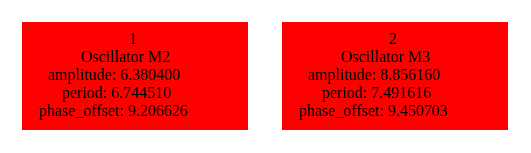
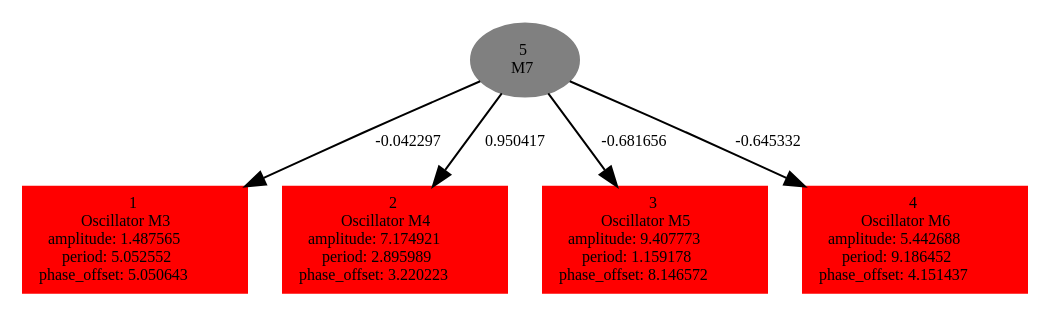
One commit to karinemiras/l-system changed the diagram in experiments/locomotion1/offspringpop7/tempbrain.dot. Above: the diagram before and after it, drawn with Graphviz. The commit also changed 390 other files, not shown here.

```diff
--- a/experiments/locomotion1/offspringpop7/tempbrain.dot
+++ b/experiments/locomotion1/offspringpop7/tempbrain.dot
@@ -1,4 +1,11 @@
  digraph g{ forcelabels=true;
-1 [label=<1<BR />Oscillator M2<BR /> amplitude: 6.380400<BR /> period: 6.744510<BR /> phase_offset: 9.206626>, shape=box,color=red,style=filled,fontsize=8];
-2 [label=<2<BR />Oscillator M3<BR /> amplitude: 8.856160<BR /> period: 7.491616<BR /> phase_offset: 9.450703>, shape=box,color=red,style=filled,fontsize=8];
+1 [label=<1<BR />Oscillator M3<BR /> amplitude: 1.487565<BR /> period: 5.052552<BR /> phase_offset: 5.050643>, shape=box,color=red,style=filled,fontsize=8];
+2 [label=<2<BR />Oscillator M4<BR /> amplitude: 7.174921<BR /> period: 2.895989<BR /> phase_offset: 3.220223>, shape=box,color=red,style=filled,fontsize=8];
+3 [label=<3<BR />Oscillator M5<BR /> amplitude: 9.407773<BR /> period: 1.159178<BR /> phase_offset: 8.146572>, shape=box,color=red,style=filled,fontsize=8];
+4 [label=<4<BR />Oscillator M6<BR /> amplitude: 5.442688<BR /> period: 9.186452<BR /> phase_offset: 4.151437>, shape=box,color=red,style=filled,fontsize=8];
+5[label=<5<BR/>M7>,color="grey",style=filled,fontsize=8];
+5 -> 1[label="-0.042297 ",fontsize="8"];
+5 -> 2[label="0.950417 ",fontsize="8"];
+5 -> 3[label="-0.681656 ",fontsize="8"];
+5 -> 4[label="-0.645332 ",fontsize="8"];
  }
```
